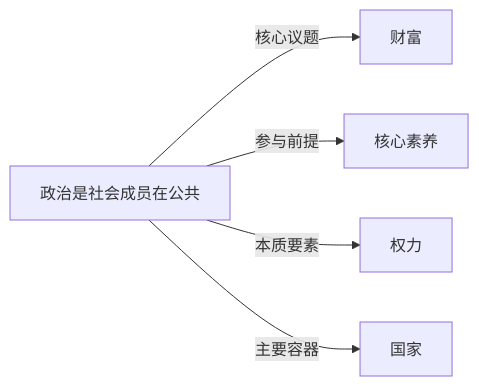
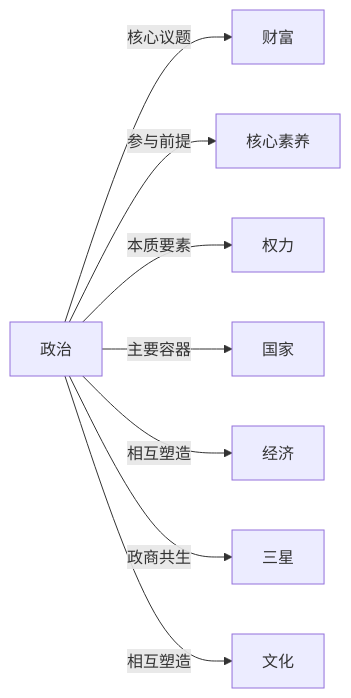
The diagram in Knowledge/Concepts/政治/政治.md (KIMMCHOW/MyKnowledge), drawn with Mermaid before and after one commit. The commit also changed 96 other files, not shown here.

Commit message:
fix: 修复概念页关系图节点并补齐缺失关联

````diff
--- a/Knowledge/Concepts/政治/政治.md
+++ b/Knowledge/Concepts/政治/政治.md
@@ -48,7 +48,10 @@
 ```mermaid
 graph LR
-    政治是社会成员在公共 -->|核心议题| 财富
-    政治是社会成员在公共 -->|参与前提| 核心素养
-    政治是社会成员在公共 -->|本质要素| 权力
-    政治是社会成员在公共 -->|主要容器| 国家
+政治 -->|核心议题| 财富
+政治 -->|参与前提| 核心素养
+政治 -->|本质要素| 权力
+政治 -->|主要容器| 国家
+政治 -->|相互塑造| 经济
+政治 -->|政商共生| 三星
+政治 -->|相互塑造| 文化
 ```
````
